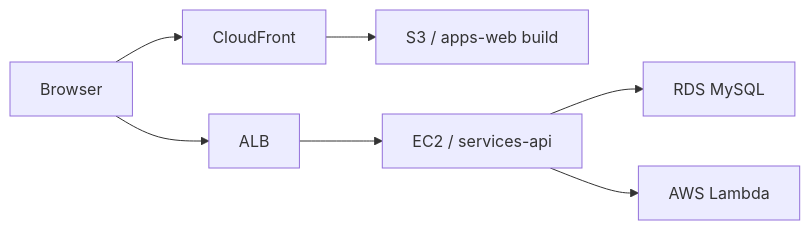
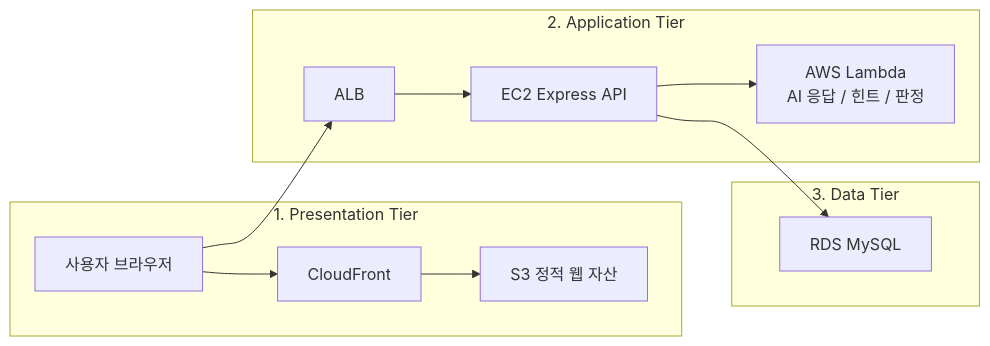
One commit to jjong-haya/K-Game changed the diagram in README.md. Above: the diagram before and after it, drawn with Mermaid. The commit also changed other lines of this file and 2 other files, not shown here.

````diff
--- a/README.md
+++ b/README.md
@@ -26,9 +68,25 @@
 ```mermaid
 flowchart LR
-  Browser["Browser"] --> CloudFront["CloudFront"]
-  CloudFront --> S3["S3 / apps-web build"]
-  Browser --> ALB["ALB"]
-  ALB --> API["EC2 / services-api"]
-  API --> RDS["RDS MySQL"]
-  API --> Lambda["AWS Lambda"]
+  subgraph T1["1. Presentation Tier"]
+    Browser["사용자 브라우저"]
+    CloudFront["CloudFront"]
+    S3["S3 정적 웹 자산"]
+  end
+
+  subgraph T2["2. Application Tier"]
+    ALB["ALB"]
+    EC2["EC2 Express API"]
+    Lambda["AWS Lambda\nAI 응답 / 힌트 / 판정"]
+  end
+
+  subgraph T3["3. Data Tier"]
+    RDS["RDS MySQL"]
+  end
+
+  Browser --> CloudFront
+  CloudFront --> S3
+  Browser --> ALB
+  ALB --> EC2
+  EC2 --> Lambda
+  EC2 --> RDS
 ```
````
